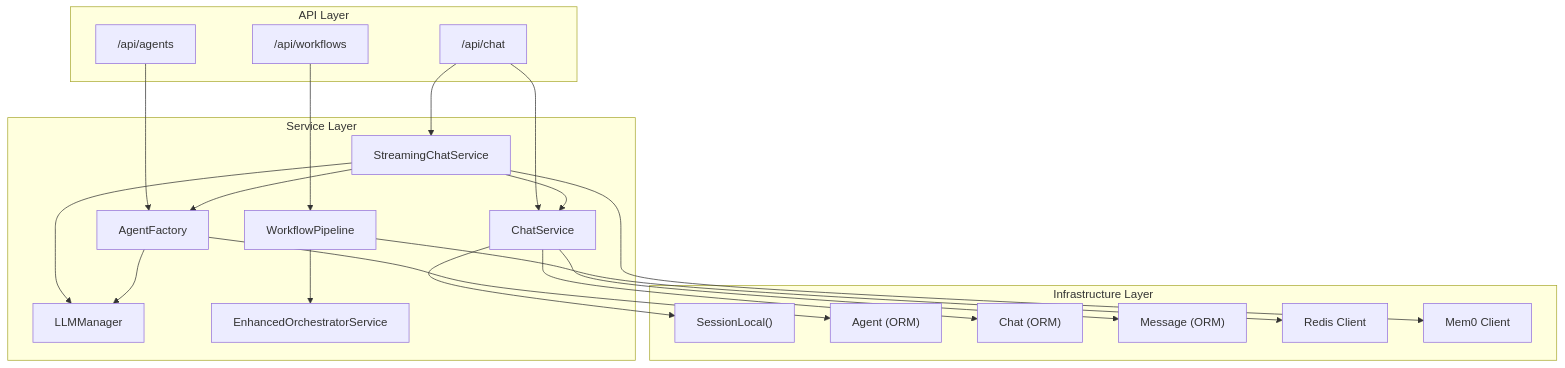
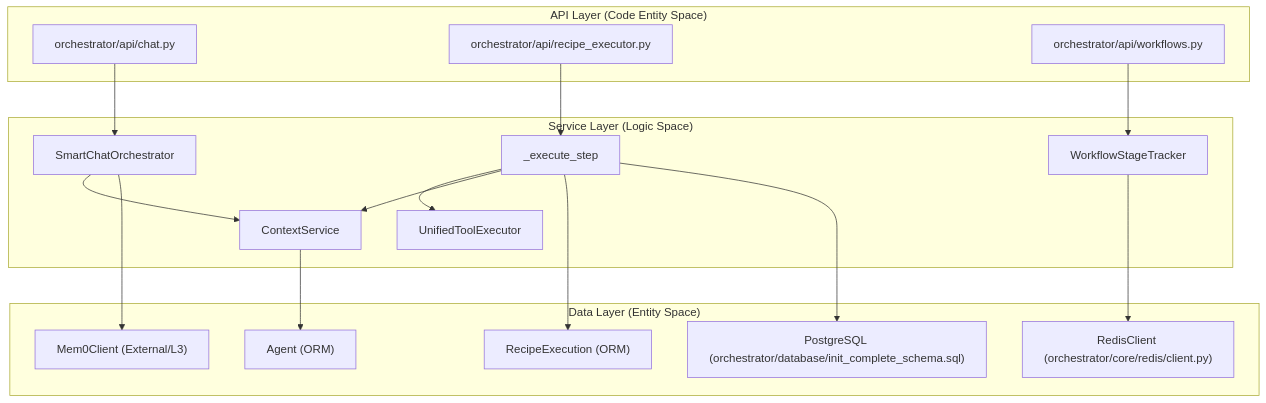
One commit to AutomatosAI/automatos-ai changed the first of 2 diagrams in docs/backend-architecture/service-layer-patterns.md. Above: the diagram before and after it, drawn with Mermaid. The commit also changed other lines of this file and 149 other files, not shown here.

Commit message:
docs: refresh documentation with graphify semantic scan

````diff
--- a/docs/backend-architecture/service-layer-patterns.md
+++ b/docs/backend-architecture/service-layer-patterns.md
@@ -30,45 +43,38 @@
 ```mermaid
 graph TB
-    subgraph "API Layer"
-        ChatRoute["/api/chat"]
-        WorkflowsRoute["/api/workflows"]
-        AgentsRoute["/api/agents"]
+    subgraph "API Layer (Code Entity Space)"
+        ChatRoute["orchestrator/api/chat.py"]
+        RecipeRoute["orchestrator/api/recipe_executor.py"]
+        WorkflowsRoute["orchestrator/api/workflows.py"]
     end
     
-    subgraph "Service Layer"
-        StreamingChatService["StreamingChatService"]
-        ChatService["ChatService"]
-        AgentFactory["AgentFactory"]
-        LLMManager["LLMManager"]
-        WorkflowPipeline["WorkflowPipeline"]
-        EnhancedOrchestratorService["EnhancedOrchestratorService"]
+    subgraph "Service Layer (Logic Space)"
+        SmartOrchestrator["SmartChatOrchestrator"]
+        ContextService["ContextService"]
+        RecipeExecutor["_execute_step"]
+        UnifiedExecutor["UnifiedToolExecutor"]
+        WorkflowStageTracker["WorkflowStageTracker"]
     end
     
-    subgraph "Infrastructure Layer"
-        SessionLocal["SessionLocal()"]
-        Agent["Agent (ORM)"]
-        Chat["Chat (ORM)"]
-        Message["Message (ORM)"]
-        Redis["Redis Client"]
-        Mem0["Mem0 Client"]
+    subgraph "Data Layer (Entity Space)"
+        AgentModel["Agent (ORM)"]
+        RecipeExecution["RecipeExecution (ORM)"]
+        Mem0Client["Mem0Client (External/L3)"]
+        Redis["RedisClient (orchestrator/core/redis/client.py)"]
+        Postgres["PostgreSQL (orchestrator/database/init_complete_schema.sql)"]
     end
     
-    ChatRoute --> StreamingChatService
-    ChatRoute --> ChatService
-    WorkflowsRoute --> WorkflowPipeline
-    AgentsRoute --> AgentFactory
+    ChatRoute --> SmartOrchestrator
+    RecipeRoute --> RecipeExecutor
+    WorkflowsRoute --> WorkflowStageTracker
     
-    StreamingChatService --> ChatService
-    StreamingChatService --> AgentFactory
-    StreamingChatService --> LLMManager
+    SmartOrchestrator --> ContextService
+    RecipeExecutor --> UnifiedExecutor
+    RecipeExecutor --> ContextService
     
-    WorkflowPipeline --> EnhancedOrchestratorService
-    AgentFactory --> LLMManager
-    
-    ChatService --> SessionLocal
-    ChatService --> Chat
-    ChatService --> Message
-    AgentFactory --> Agent
-    StreamingChatService --> Mem0
-    WorkflowPipeline --> Redis
+    ContextService --> AgentModel
+    SmartOrchestrator --> Mem0Client
+    RecipeExecutor --> RecipeExecution
+    WorkflowStageTracker --> Redis
+    RecipeExecutor --> Postgres
 ```
````
